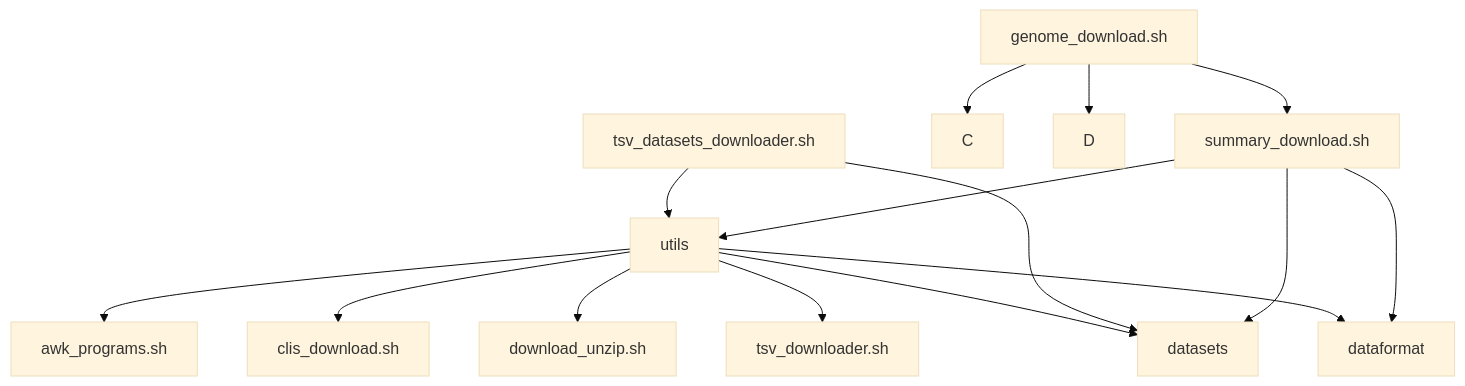
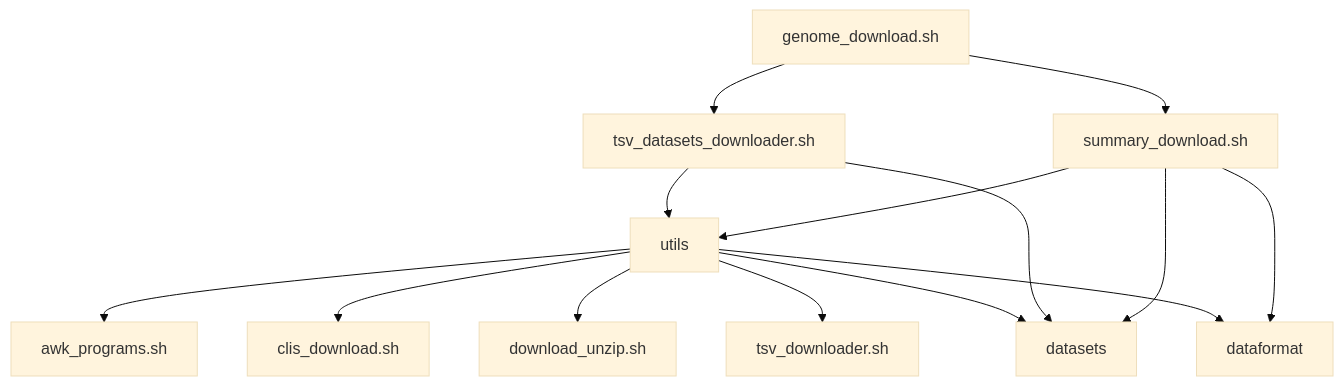
One commit to jovillarrealm/cnsg-downloader-code changed the diagram in README.md. Above: the diagram before and after it, drawn with Mermaid (base theme). The commit also changed other lines of this file, not shown here.

````diff
--- a/README.md
+++ b/README.md
@@ -4,17 +4,16 @@
 ```mermaid
   graph TD;
       genome_download.sh-->summary_download.sh;
-      genome_download.sh-->C;
-      genome_download.sh-->D;
+      genome_download.sh-->tsv_datasets_downloader.sh;
       summary_download.sh-->utils;
       summary_download.sh-->datasets;
       summary_download.sh-->dataformat;
       tsv_datasets_downloader.sh-->utils;
       tsv_datasets_downloader.sh-->datasets;
       utils-->awk_programs.sh;
       utils-->clis_download.sh;
       utils-->download_unzip.sh;
       utils-->tsv_downloader.sh;
       utils-->datasets;
       utils-->dataformat;
 ```
````
